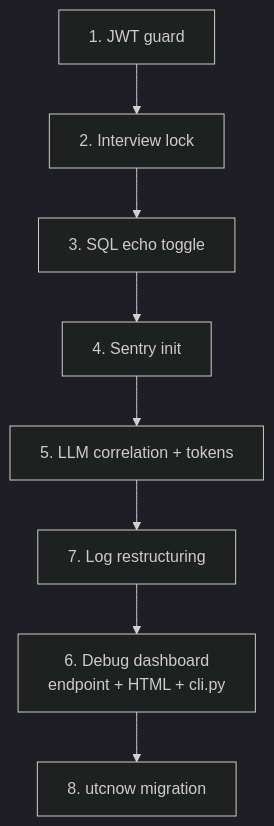
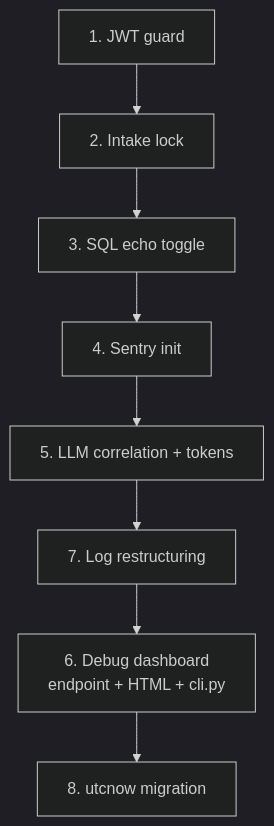
Before and after one commit to moments8890/doctor-ai-agent: the diagram in docs/specs/archived/2026-03-29-backend-hardening-design.md, drawn with Mermaid (dark theme). The commit also changed other lines of this file and 337 other files, not shown here.

````diff
--- a/docs/specs/archived/2026-03-29-backend-hardening-design.md
+++ b/docs/specs/archived/2026-03-29-backend-hardening-design.md
@@ -407,10 +407,10 @@
 ```mermaid
 graph TD
-    A[1. JWT guard] --> B[2. Interview lock]
+    A[1. JWT guard] --> B[2. Intake lock]
     B --> C[3. SQL echo toggle]
     C --> D[4. Sentry init]
     D --> E[5. LLM correlation + tokens]
     E --> F[7. Log restructuring]
     F --> G[6. Debug dashboard<br/>endpoint + HTML + cli.py]
     G --> H[8. utcnow migration]
 ```
````
